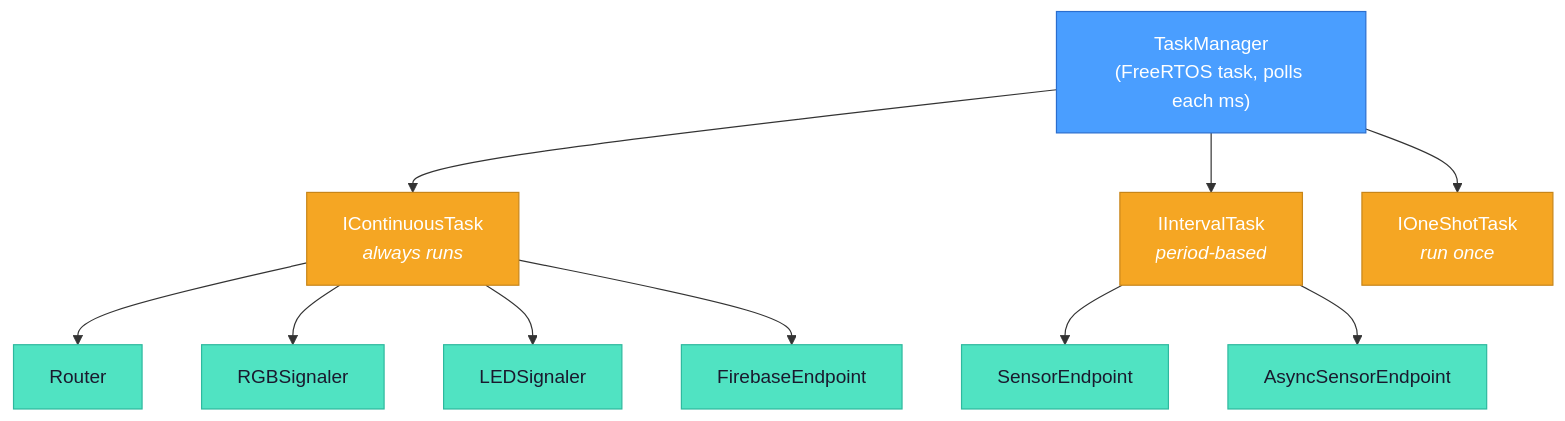
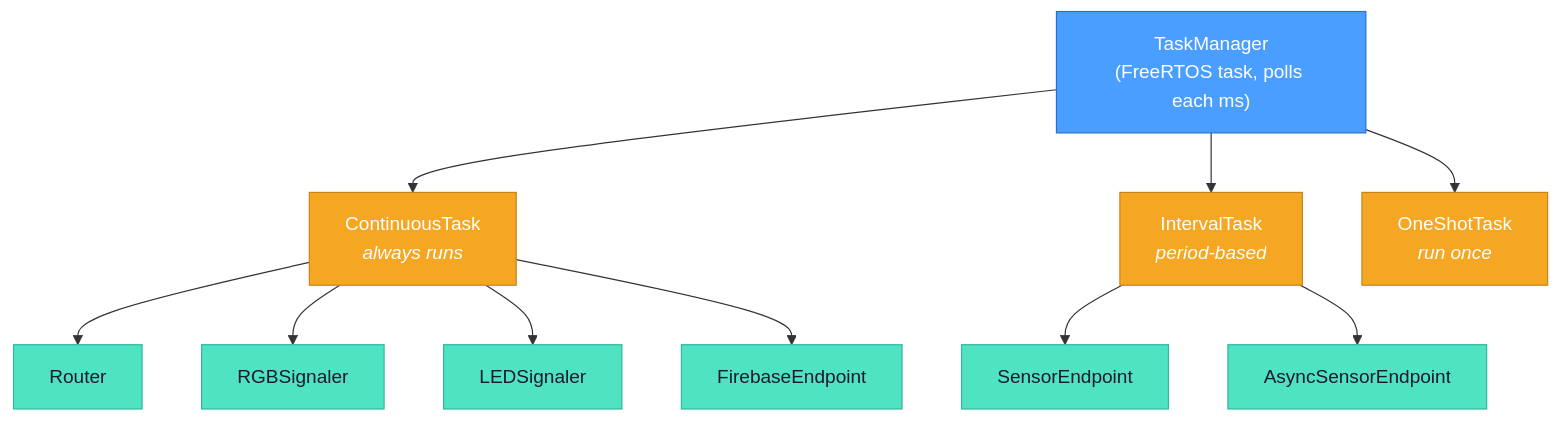
Before and after one commit to EudaldSans/ficus_sensor: the second of 3 diagrams in README.md, drawn with Mermaid. The commit also changed other lines of this file and 5 other files, not shown here.

````diff
--- a/README.md
+++ b/README.md
@@ -103,25 +103,25 @@
 ```mermaid
 graph TD
   TM["TaskManager\n(FreeRTOS task, polls each ms)"]
-  TM --> CT["IContinuousTask\n<i>always runs</i>"]
-  TM --> IT["IIntervalTask\n<i>period-based</i>"]
-  TM --> OT["IOneShotTask\n<i>run once</i>"]
+  TM --> CT["ContinuousTask\n<i>always runs</i>"]
+  TM --> IT["IntervalTask\n<i>period-based</i>"]
+  TM --> OT["OneShotTask\n<i>run once</i>"]
 
   CT --> R[Router]
   CT --> RGB[RGBSignaler]
   CT --> LED[LEDSignaler]
   CT --> FBE[FirebaseEndpoint]
   IT --> SE[SensorEndpoint]
   IT --> ASE[AsyncSensorEndpoint]
 
   style TM fill:#4a9eff,color:#fff,stroke:#2a6ecf
   style CT fill:#f5a623,color:#fff,stroke:#c7851a
   style IT fill:#f5a623,color:#fff,stroke:#c7851a
   style OT fill:#f5a623,color:#fff,stroke:#c7851a
   style R fill:#50e3c2,color:#1a1a2e,stroke:#2eb89e
   style RGB fill:#50e3c2,color:#1a1a2e,stroke:#2eb89e
   style LED fill:#50e3c2,color:#1a1a2e,stroke:#2eb89e
   style FBE fill:#50e3c2,color:#1a1a2e,stroke:#2eb89e
   style SE fill:#50e3c2,color:#1a1a2e,stroke:#2eb89e
   style ASE fill:#50e3c2,color:#1a1a2e,stroke:#2eb89e
 ```
````
